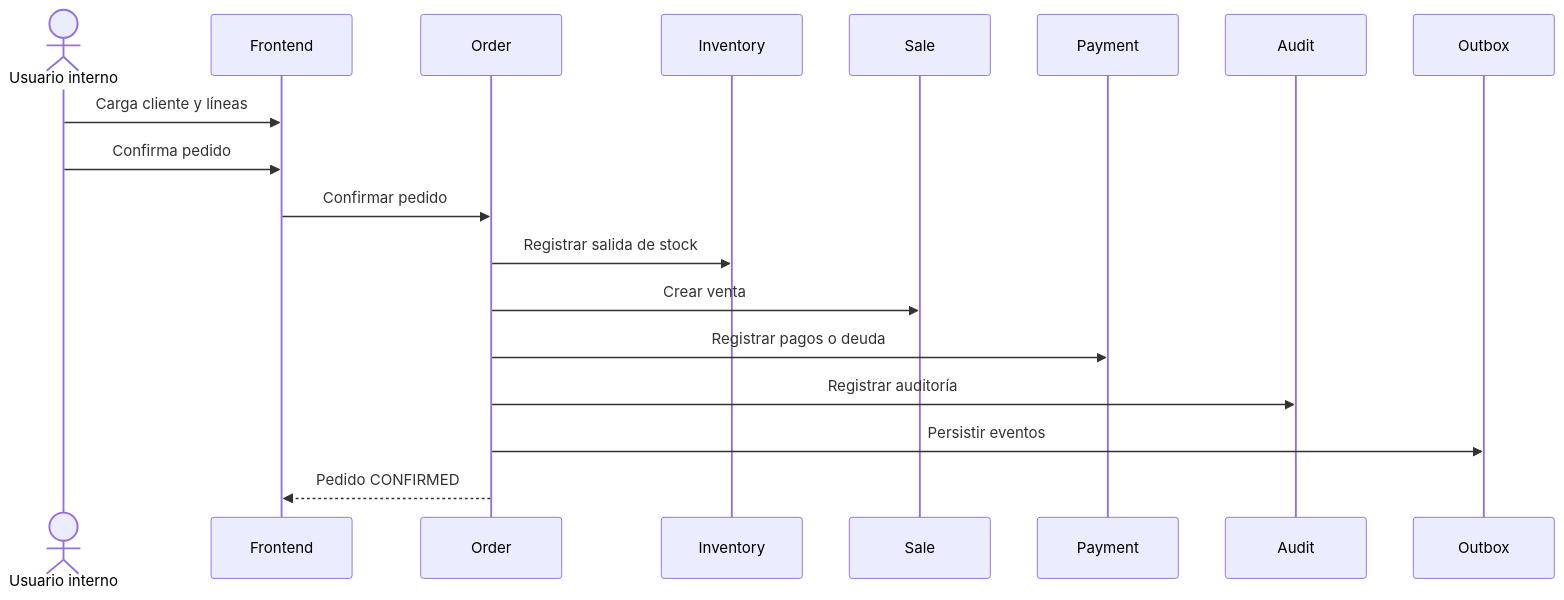
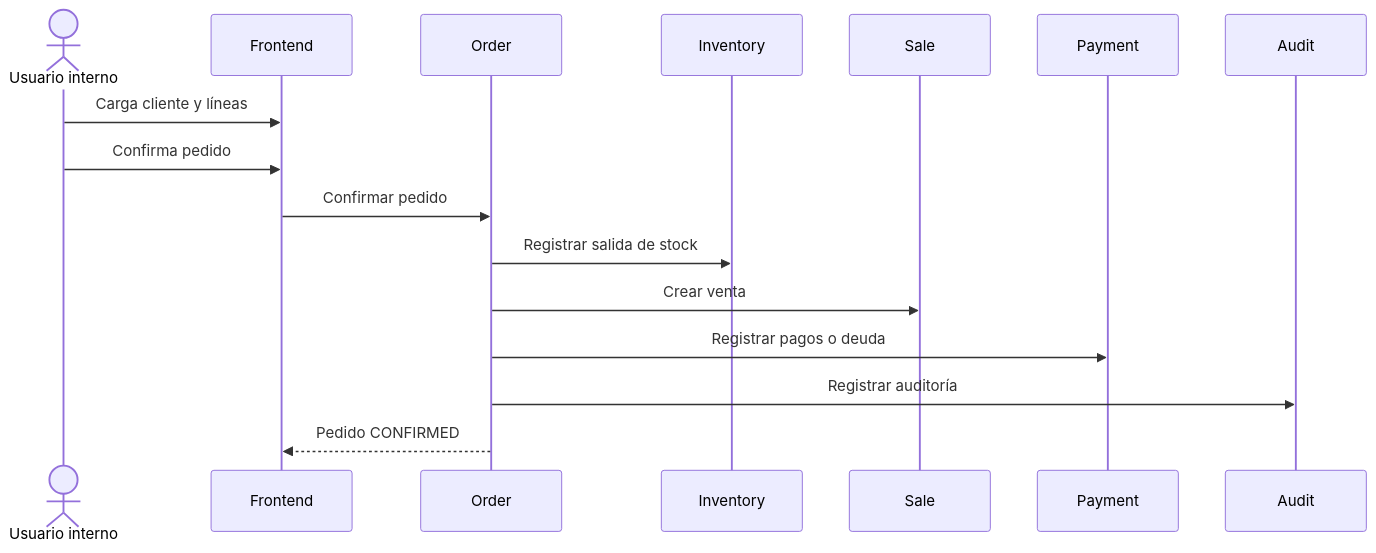
One commit to Martinrc93/distribuidoraCore changed the second of 2 diagrams in docs/architecture/overview.md. Above: the diagram before and after it, drawn with Mermaid. The commit also changed other lines of this file and 1 other file, not shown here.

Commit message:
docs: add current architecture mermaid diagrams

````diff
--- a/docs/architecture/overview.md
+++ b/docs/architecture/overview.md
@@ -62,21 +62,19 @@
 ```mermaid
 sequenceDiagram
     actor U as Usuario interno
     participant F as Frontend
     participant O as Order
     participant I as Inventory
     participant S as Sale
     participant P as Payment
     participant A as Audit
-    participant X as Outbox
 
     U->>F: Carga cliente y líneas
     U->>F: Confirma pedido
     F->>O: Confirmar pedido
     O->>I: Registrar salida de stock
     O->>S: Crear venta
     O->>P: Registrar pagos o deuda
     O->>A: Registrar auditoría
-    O->>X: Persistir eventos
     O-->>F: Pedido CONFIRMED
 ```
````
